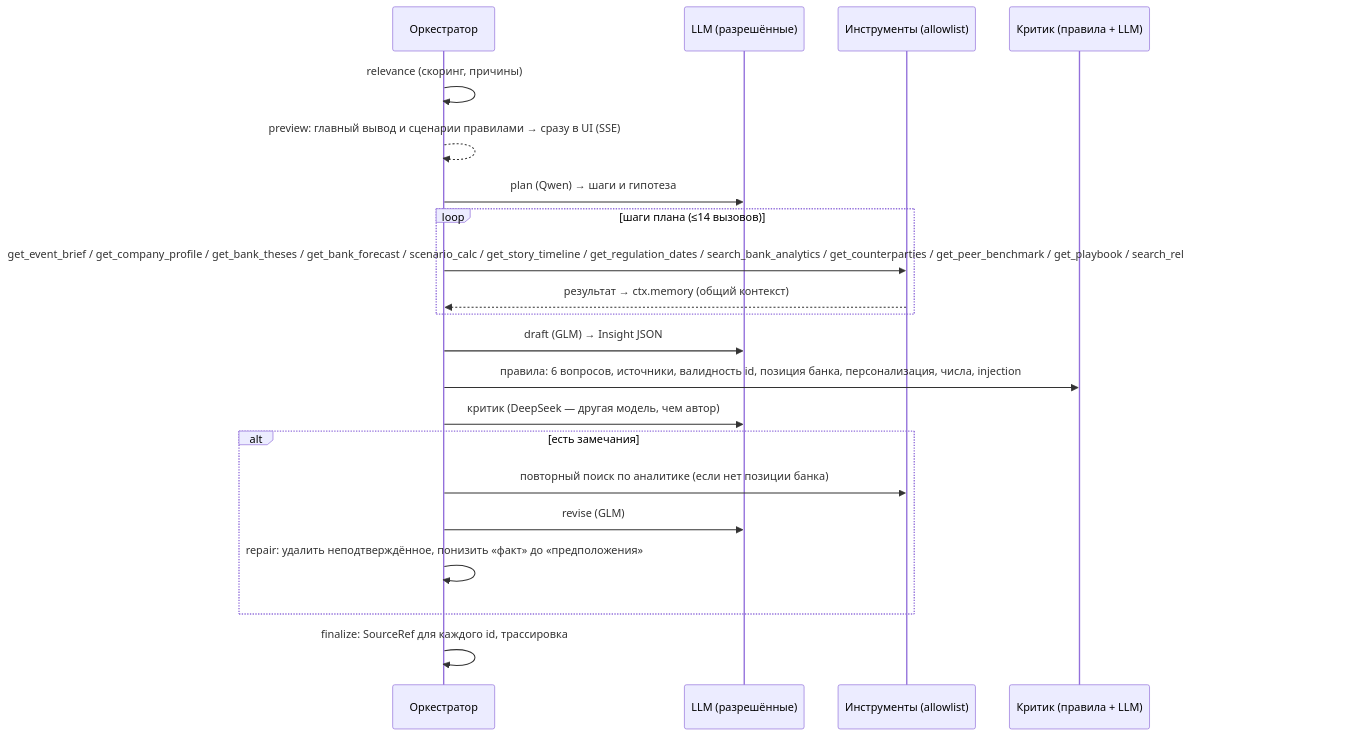
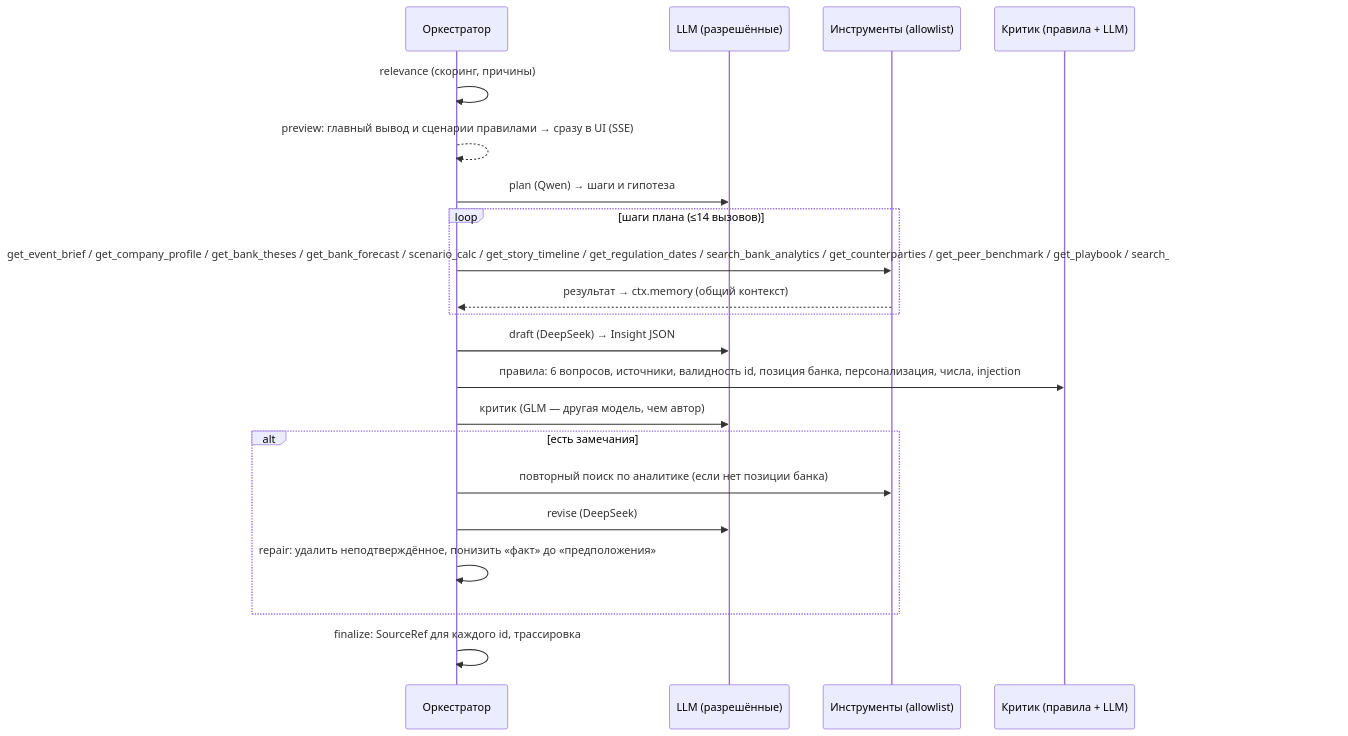
One commit to ManyManyAs/alfa-news-insights changed the diagram in docs/ARCHITECTURE.md. Above: the diagram before and after it, drawn with Mermaid. The commit also changed other lines of this file and 3 other files, not shown here.

First line of the commit message:
Роутинг моделей по итогам бенчмарка: автор разбора — DeepSeek (4,4 у судьи), критик — GLM

````diff
--- a/docs/ARCHITECTURE.md
+++ b/docs/ARCHITECTURE.md
@@ -48,23 +48,23 @@
 ```mermaid
 sequenceDiagram
   participant O as Оркестратор
   participant L as LLM (разрешённые)
   participant T as Инструменты (allowlist)
   participant C as Критик (правила + LLM)
   O->>O: relevance (скоринг, причины)
   O-->>O: preview: главный вывод и сценарии правилами → сразу в UI (SSE)
   O->>L: plan (Qwen) → шаги и гипотеза
   loop шаги плана (≤14 вызовов)
     O->>T: get_event_brief / get_company_profile / get_bank_theses / get_bank_forecast / scenario_calc / get_story_timeline / get_regulation_dates / search_bank_analytics / get_counterparties / get_peer_benchmark / get_playbook / search_related_news / check_consistency
     T-->>O: результат → ctx.memory (общий контекст)
   end
-  O->>L: draft (GLM) → Insight JSON
+  O->>L: draft (DeepSeek) → Insight JSON
   O->>C: правила: 6 вопросов, источники, валидность id, позиция банка, персонализация, числа, injection
-  O->>L: критик (DeepSeek — другая модель, чем автор)
+  O->>L: критик (GLM — другая модель, чем автор)
   alt есть замечания
     O->>T: повторный поиск по аналитике (если нет позиции банка)
-    O->>L: revise (GLM)
+    O->>L: revise (DeepSeek)
     O->>O: repair: удалить неподтверждённое, понизить «факт» до «предположения»
   end
   O->>O: finalize: SourceRef для каждого id, трассировка
 ```
````
